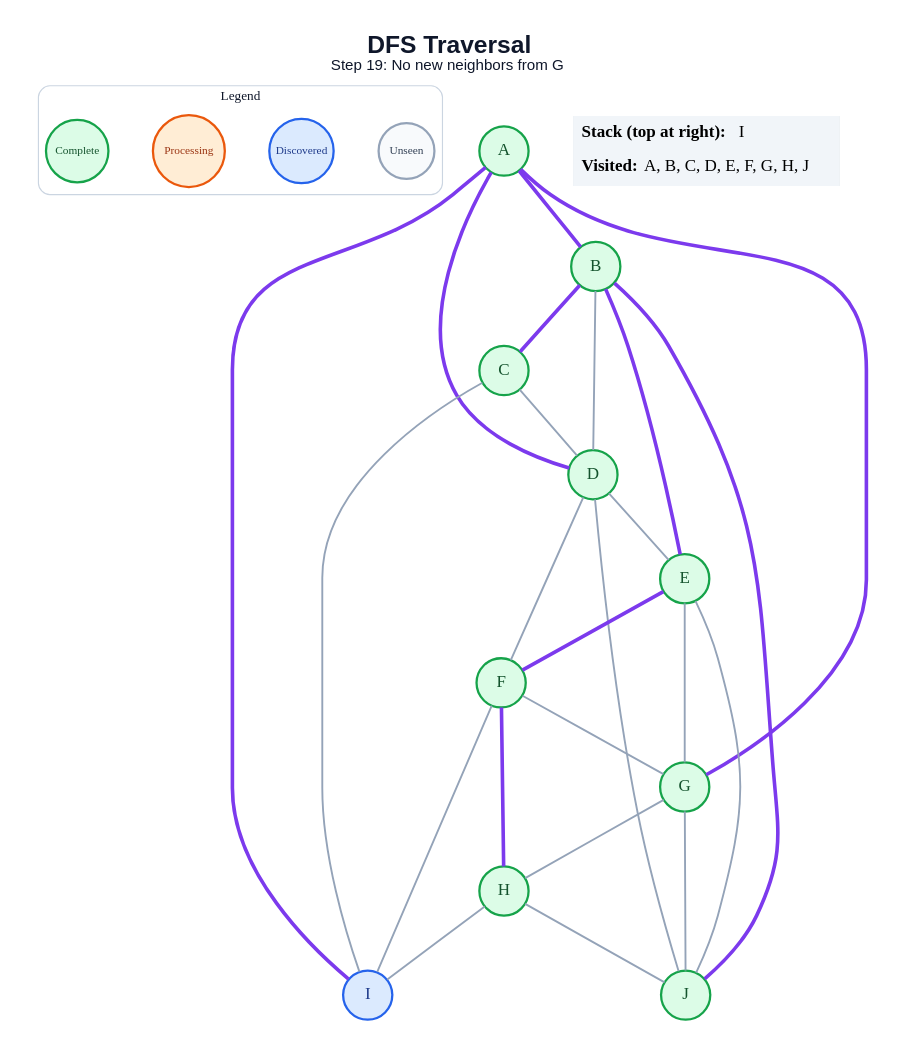
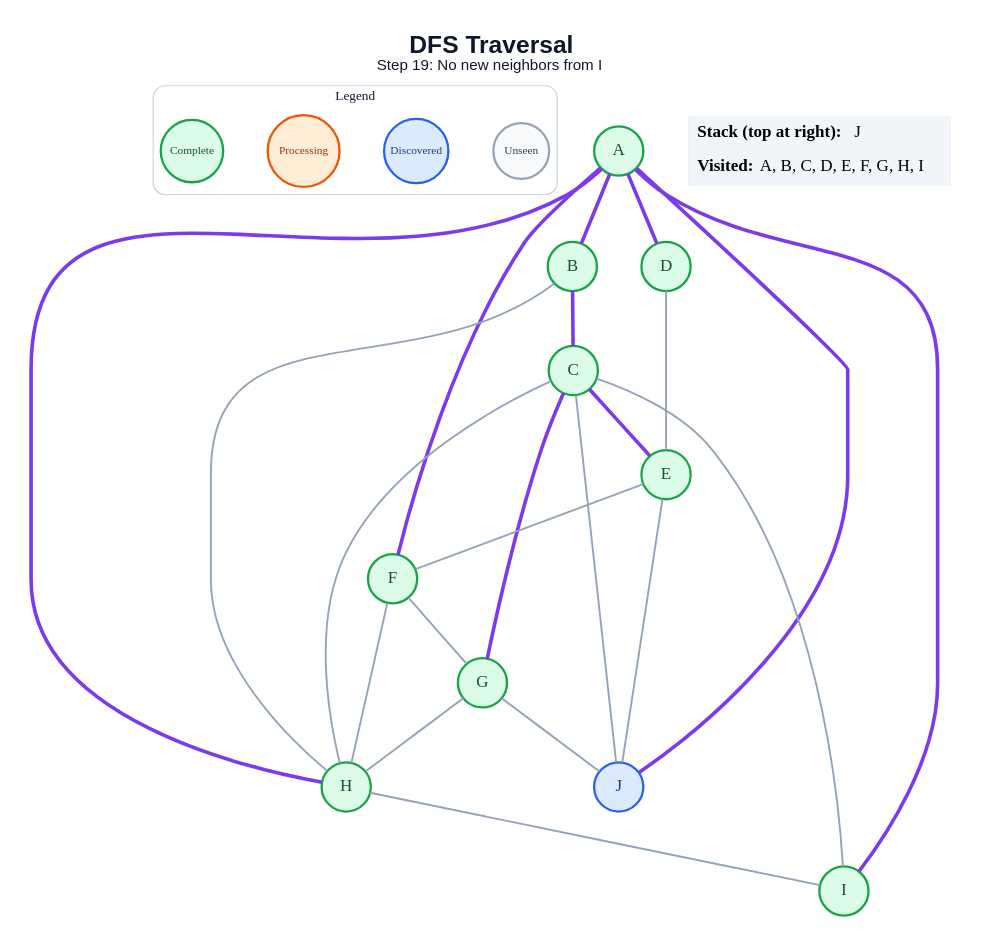
The diagram in generated/dfs/step_19.dot (amanghodawala9/ai-slop), drawn with Graphviz before and after one commit. The commit also changed 178 other files, not shown here.

```diff
--- a/generated/dfs/step_19.dot
+++ b/generated/dfs/step_19.dot
@@ -1,52 +1,50 @@
 graph traversal {
   graph [layout=dot, rankdir=TB, bgcolor="#FFFFFF", pad="0.35", nodesep="0.65", ranksep="0.8", fontname="Arial"];
   node [shape=circle, style="filled", fontname="Arial Bold", fontsize=18, width=0.72, fixedsize=true, penwidth=2.4];
   edge [color="#94A3B8", penwidth=2.0];
-  label=<<B>DFS Traversal</B><BR/><FONT POINT-SIZE="16">Step 19: No new neighbors from G</FONT>>; labelloc="t"; fontsize=26; fontname="Arial"; fontcolor="#0F172A";
+  label=<<B>DFS Traversal</B><BR/><FONT POINT-SIZE="16">Step 19: No new neighbors from I</FONT>>; labelloc="t"; fontsize=26; fontname="Arial"; fontcolor="#0F172A";
   subgraph cluster_legend { label="Legend"; color="#CBD5E1"; penwidth=1.2; style="rounded"; fontsize=14; fontname="Arial Bold";
     key_unseen [label="Unseen", fillcolor="#F8FAFC", color="#94A3B8", fontcolor="#334155", fontsize=12, width=0.82];
     key_frontier [label="Discovered", fillcolor="#DBEAFE", color="#2563EB", fontcolor="#1E3A8A", fontsize=12, width=0.95];
     key_current [label="Processing", fillcolor="#FFEDD5", color="#EA580C", fontcolor="#9A3412", fontsize=12, width=1.05];
     key_done [label="Complete", fillcolor="#DCFCE7", color="#16A34A", fontcolor="#14532D", fontsize=12, width=0.92];
     { rank=same; key_unseen; key_frontier; key_current; key_done; }
   }
   A [fillcolor="#DCFCE7", color="#16A34A", fontcolor="#14532D"];
   B [fillcolor="#DCFCE7", color="#16A34A", fontcolor="#14532D"];
   C [fillcolor="#DCFCE7", color="#16A34A", fontcolor="#14532D"];
   D [fillcolor="#DCFCE7", color="#16A34A", fontcolor="#14532D"];
   E [fillcolor="#DCFCE7", color="#16A34A", fontcolor="#14532D"];
   F [fillcolor="#DCFCE7", color="#16A34A", fontcolor="#14532D"];
   G [fillcolor="#DCFCE7", color="#16A34A", fontcolor="#14532D"];
   H [fillcolor="#DCFCE7", color="#16A34A", fontcolor="#14532D"];
-  I [fillcolor="#DBEAFE", color="#2563EB", fontcolor="#1E3A8A"];
-  J [fillcolor="#DCFCE7", color="#16A34A", fontcolor="#14532D"];
+  I [fillcolor="#DCFCE7", color="#16A34A", fontcolor="#14532D"];
+  J [fillcolor="#DBEAFE", color="#2563EB", fontcolor="#1E3A8A"];
   A -- B [color="#7C3AED", penwidth=3.8];
   A -- D [color="#7C3AED", penwidth=3.8];
-  A -- G [color="#7C3AED", penwidth=3.8];
+  A -- F [color="#7C3AED", penwidth=3.8];
+  A -- H [color="#7C3AED", penwidth=3.8];
   A -- I [color="#7C3AED", penwidth=3.8];
+  A -- J [color="#7C3AED", penwidth=3.8];
   B -- C [color="#7C3AED", penwidth=3.8];
-  B -- D;
-  B -- E [color="#7C3AED", penwidth=3.8];
-  B -- J [color="#7C3AED", penwidth=3.8];
-  C -- D;
+  B -- H;
+  C -- E [color="#7C3AED", penwidth=3.8];
+  C -- G [color="#7C3AED", penwidth=3.8];
+  C -- H;
   C -- I;
+  C -- J;
   D -- E;
-  D -- F;
-  D -- J;
-  E -- F [color="#7C3AED", penwidth=3.8];
-  E -- G;
+  E -- F;
   E -- J;
   F -- G;
-  F -- H [color="#7C3AED", penwidth=3.8];
-  F -- I;
+  F -- H;
   G -- H;
   G -- J;
   H -- I;
-  H -- J;
   status [shape=plain, fixedsize=false, width=0, height=0, margin=0, label=<
     <TABLE BORDER="0" CELLBORDER="0" CELLPADDING="7" BGCOLOR="#F1F5F9">
-      <TR><TD ALIGN="LEFT"><B>Stack (top at right):</B> I</TD></TR>
-      <TR><TD ALIGN="LEFT"><B>Visited:</B> A, B, C, D, E, F, G, H, J</TD></TR>
+      <TR><TD ALIGN="LEFT"><B>Stack (top at right):</B> J</TD></TR>
+      <TR><TD ALIGN="LEFT"><B>Visited:</B> A, B, C, D, E, F, G, H, I</TD></TR>
     </TABLE>
   >];
 }
```
